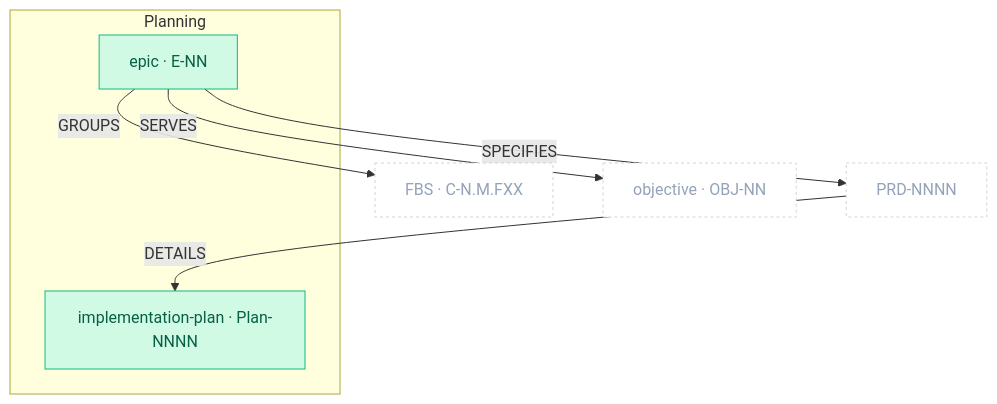
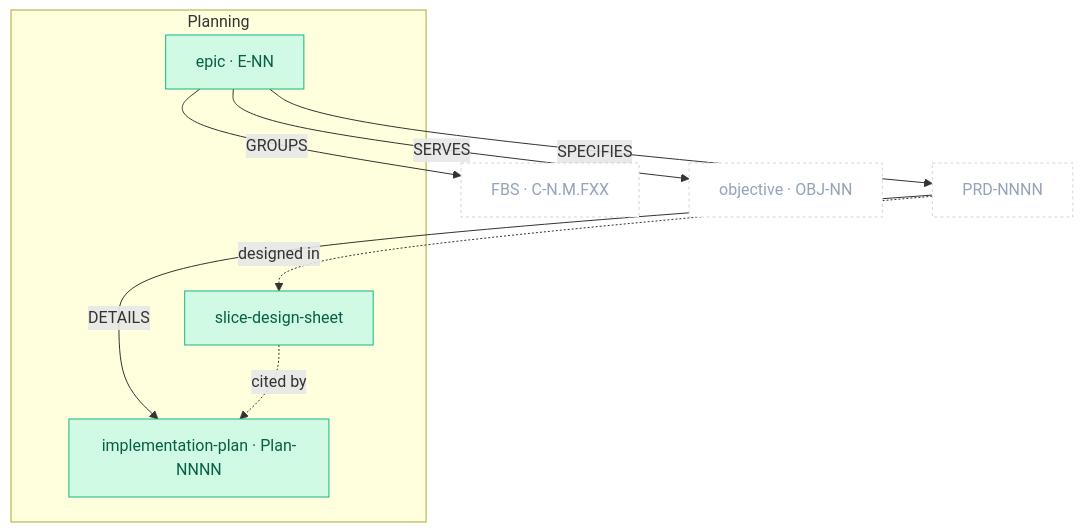
Before and after one commit to VictorHueni/clew: the diagram in docs/metamodel/packages/planning.md, drawn with Mermaid. The commit also changed other lines of this file and 3 other files, not shown here.

First line of the commit message:
docs(metamodel): add the Slice Design Sheet to the Planning package (#6)

````diff
--- a/docs/metamodel/packages/planning.md
+++ b/docs/metamodel/packages/planning.md
@@ -26,19 +29,22 @@
 ```mermaid
 flowchart TD
     classDef plan fill:#D1FAE5,stroke:#10B981,color:#065F46
     classDef ext  fill:#ffffff,stroke:#cbd5e1,color:#94a3b8,stroke-dasharray:3 3
 
     FBS["FBS · C-N.M.FXX"]:::ext
     PRD["PRD-NNNN"]:::ext
     OBJ["objective · OBJ-NN"]:::ext
 
     subgraph PLAN["Planning"]
         EPIC["epic · E-NN"]:::plan
+        SDS["slice-design-sheet"]:::plan
         IPLAN["implementation-plan · Plan-NNNN"]:::plan
     end
 
     EPIC -->|"GROUPS"| FBS
     EPIC -->|"SPECIFIES"| PRD
     EPIC -->|"SERVES"| OBJ
     PRD -->|"DETAILS"| IPLAN
+    PRD -.->|"designed in"| SDS
+    SDS -.->|"cited by"| IPLAN
 ```
````
